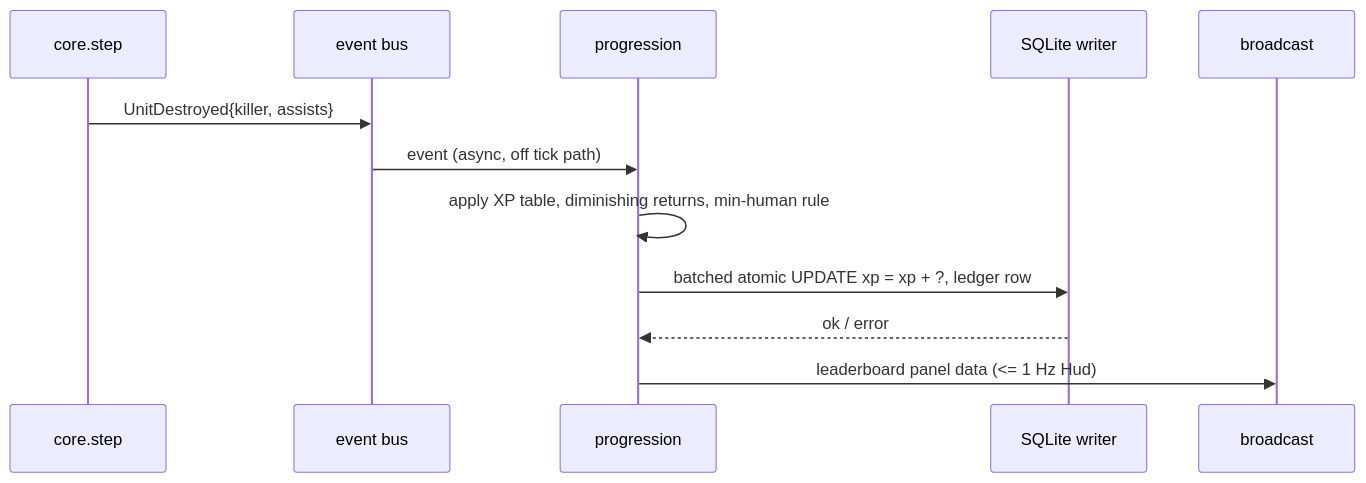
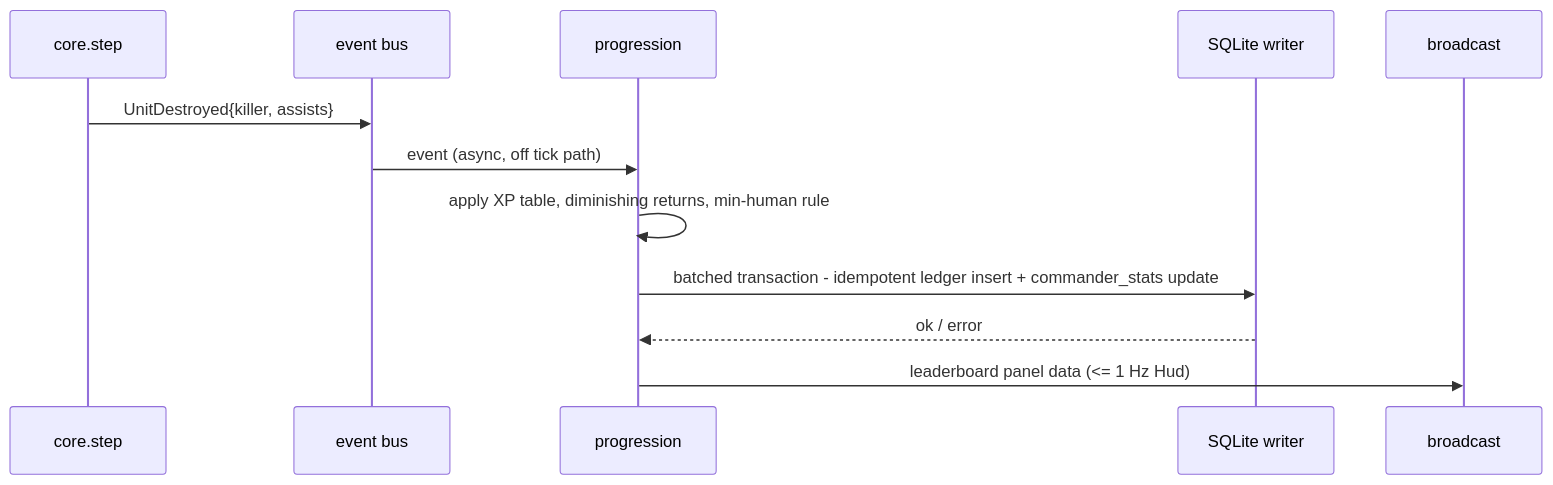
Before and after one commit to canthony224/operation-nexus: diagram 12 of 20 in docs/specs/STATE-MACHINES-AND-FLOWS.md, drawn with Mermaid. The commit also changed other lines of this file and 9 other files, not shown here.

````diff
--- a/docs/specs/STATE-MACHINES-AND-FLOWS.md
+++ b/docs/specs/STATE-MACHINES-AND-FLOWS.md
@@ -385,14 +394,14 @@
 ```mermaid
 sequenceDiagram
     participant K as core.step
     participant E as event bus
     participant PR as progression
     participant DB as SQLite writer
     participant B as broadcast
     K->>E: UnitDestroyed{killer, assists}
     E->>PR: event (async, off tick path)
     PR->>PR: apply XP table, diminishing returns, min-human rule
-    PR->>DB: batched atomic UPDATE xp = xp + ?, ledger row
+    PR->>DB: batched transaction - idempotent ledger insert + commander_stats update
     DB-->>PR: ok / error
     PR->>B: leaderboard panel data (<= 1 Hz Hud)
 ```
````
